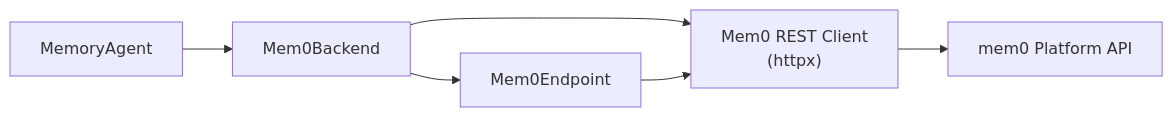
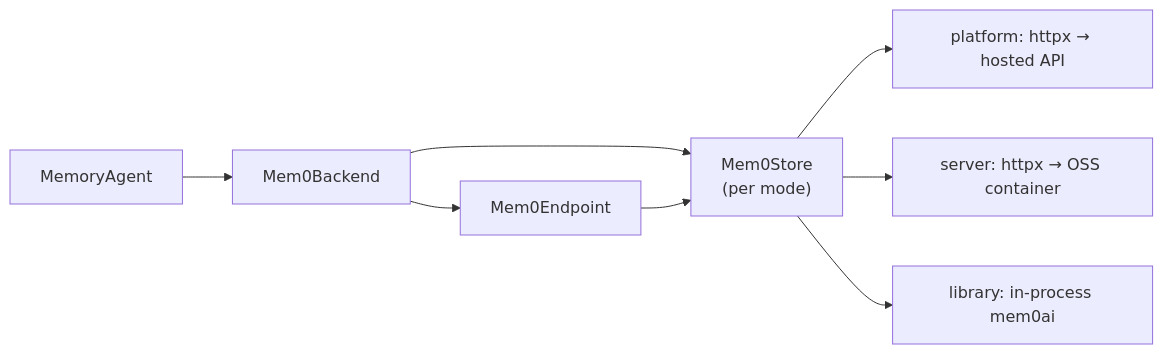
One commit to ChangranXU/memory-bridge changed the diagram in docs/en/integrations/mem0-platform.md. Above: the diagram before and after it, drawn with Mermaid. The commit also changed other lines of this file and 55 other files, not shown here.

First line of the commit message:
feat(mem0): add OSS server and in-process library deployment modes

````diff
--- a/docs/en/integrations/mem0-platform.md
+++ b/docs/en/integrations/mem0-platform.md
@@ -11,8 +19,10 @@
 ```mermaid
 graph LR
     Agent["MemoryAgent"] --> Backend["Mem0Backend"]
-    Backend --> Client["Mem0 REST Client<br/>(httpx)"]
-    Client --> Platform["mem0 Platform API"]
+    Backend --> Store["Mem0Store<br/>(per mode)"]
+    Store --> Platform["platform: httpx → hosted API"]
+    Store --> Server["server: httpx → OSS container"]
+    Store --> Library["library: in-process mem0ai"]
     Backend --> Endpoint["Mem0Endpoint"]
-    Endpoint --> Client
+    Endpoint --> Store
 ```
````
